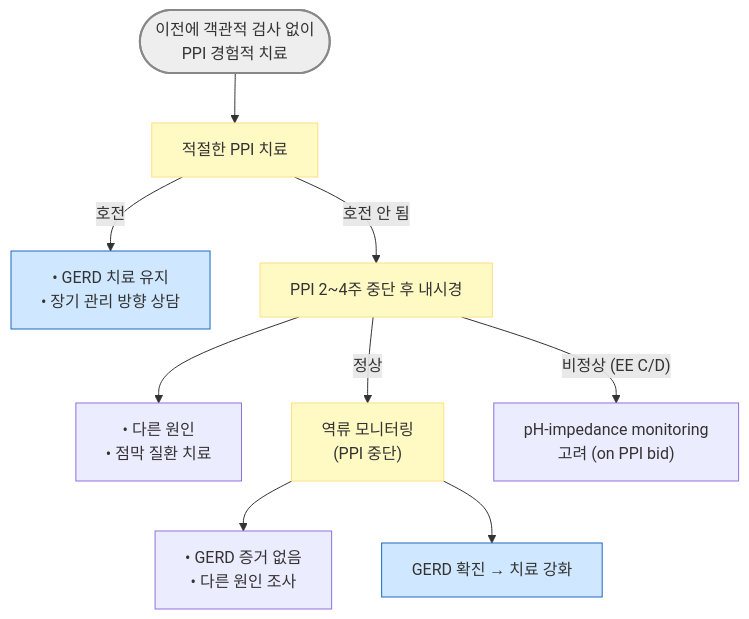
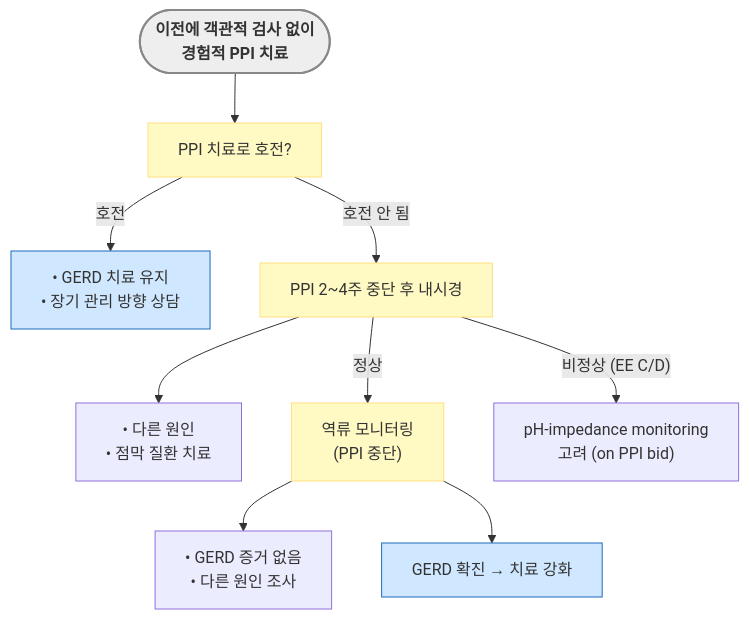
One commit to familyoh77/familyoh77 changed the fourth of 5 diagrams in 224_/081_-gerd.md. Above: the diagram before and after it, drawn with Mermaid. The commit also changed other lines of this file, not shown here.

````diff
--- a/224_/081_-gerd.md
+++ b/224_/081_-gerd.md
@@ -302,20 +302,20 @@
 ```mermaid
 graph TD
-    Start1(["이전에 객관적 검사 없이 <br/>PPI 경험적 치료"]) --> PPI1["적절한 PPI 치료"]
+    Start1(["<b>이전에 객관적 검사 없이 <br/>경험적 PPI 치료</b>"]) --> PPI1["PPI 치료로 호전?"]
     PPI1 -- "호전" --> Success1["• GERD 치료 유지<br/>• 장기 관리 방향 상담"]
     PPI1 -- "호전 안 됨" --> Scope1["PPI 2~4주 중단 후 내시경"]
     Scope1 --> Other1["• 다른 원인<br/>• 점막 질환 치료"]
     Scope1 -- "정상" --> Monitor1["역류 모니터링<br/>(PPI 중단)"]
     Scope1 -- "비정상 (EE C/D)" --> Impedance1["pH-impedance monitoring<br/>고려 (on PPI bid)"]
     Monitor1 --> NoEvidence["• GERD 증거 없음<br/>• 다른 원인 조사"]
     Monitor1 --> GERD1["GERD 확진 → 치료 강화"]
 
 style Start1 fill:#eeeeee,stroke:#888888,stroke-width:2px
 
 classDef yellow fill:#fff9c4,stroke:#ffe082
 class Scope1,Monitor1,PPI1 yellow
 classDef blue fill:#d0e8ff,stroke:#1a6abf
 class Success1,GERD1 blue
 
 
 ```
````
